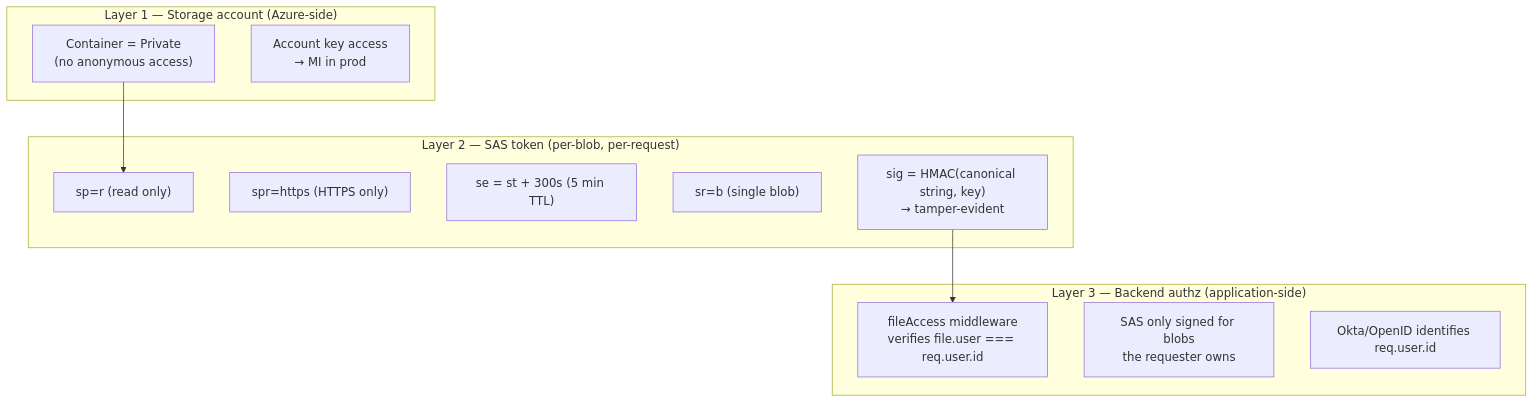
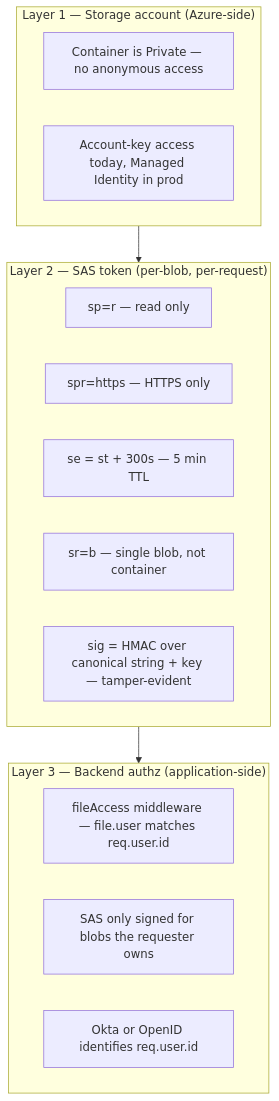
The seventh of 7 diagrams in knauf/docs/reference/azure-blob-storage.md (Falenos/LibreChat), drawn with Mermaid before and after one commit. The commit also changed other lines of this file, not shown here.

First line of the commit message:
docs(knauf): KK20-167 fix mermaid parse errors in Azure flows doc

````diff
--- a/knauf/docs/reference/azure-blob-storage.md
+++ b/knauf/docs/reference/azure-blob-storage.md
@@ -302,24 +302,24 @@
 ```mermaid
 flowchart TB
-  subgraph "Layer 1 — Storage account (Azure-side)"
-    A1["Container = Private<br/>(no anonymous access)"]
-    A2["Account key access<br/>→ MI in prod"]
+  subgraph L1["Layer 1 — Storage account (Azure-side)"]
+    A1["Container is Private — no anonymous access"]
+    A2["Account-key access today, Managed Identity in prod"]
   end
 
-  subgraph "Layer 2 — SAS token (per-blob, per-request)"
-    B1["sp=r (read only)"]
-    B2["spr=https (HTTPS only)"]
-    B3["se = st + 300s (5 min TTL)"]
-    B4["sr=b (single blob)"]
-    B5["sig = HMAC(canonical string, key)<br/>→ tamper-evident"]
+  subgraph L2["Layer 2 — SAS token (per-blob, per-request)"]
+    B1["sp=r — read only"]
+    B2["spr=https — HTTPS only"]
+    B3["se = st + 300s — 5 min TTL"]
+    B4["sr=b — single blob, not container"]
+    B5["sig = HMAC over canonical string + key — tamper-evident"]
   end
 
-  subgraph "Layer 3 — Backend authz (application-side)"
-    C1["fileAccess middleware<br/>verifies file.user === req.user.id"]
-    C2["SAS only signed for blobs<br/>the requester owns"]
-    C3["Okta/OpenID identifies req.user.id"]
+  subgraph L3["Layer 3 — Backend authz (application-side)"]
+    C1["fileAccess middleware — file.user matches req.user.id"]
+    C2["SAS only signed for blobs the requester owns"]
+    C3["Okta or OpenID identifies req.user.id"]
   end
 
-  A1 --> B1
-  B5 --> C1
+  L1 --> L2
+  L2 --> L3
 ```
````
